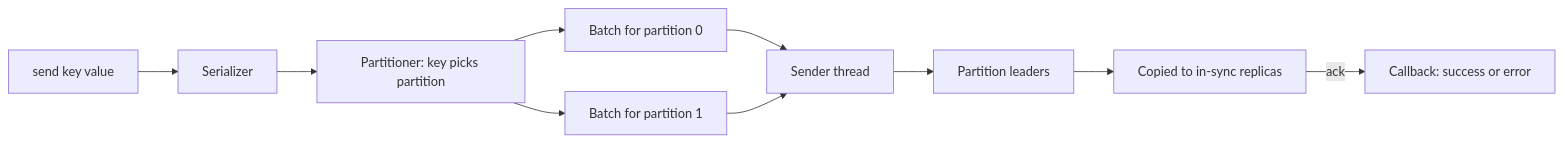
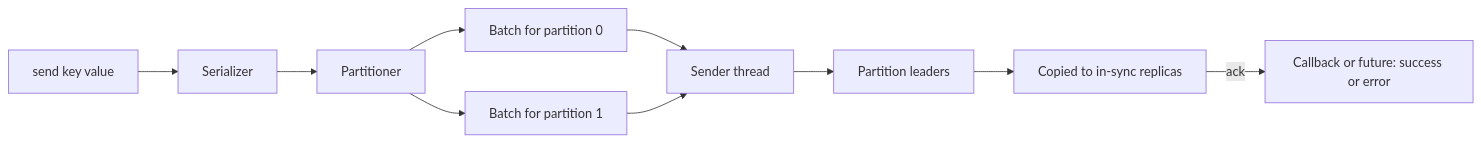
Before and after one commit to jubin-techwiz/learning: the second of 2 diagrams in notes/02-messaging/02-kafka/03-producers-keys-acks-batching.md, drawn with Mermaid. The commit also changed other lines of this file and 37 other files, not shown here.

````diff
--- a/notes/02-messaging/02-kafka/03-producers-keys-acks-batching.md
+++ b/notes/02-messaging/02-kafka/03-producers-keys-acks-batching.md
@@ -52,12 +74,12 @@
 ```mermaid
 flowchart LR
     A[send key value] --> S[Serializer]
-    S --> P[Partitioner: key picks partition]
+    S --> P[Partitioner]
     P --> B0[Batch for partition 0]
     P --> B1[Batch for partition 1]
     B0 --> T[Sender thread]
     B1 --> T
     T --> L[Partition leaders]
     L --> R[Copied to in-sync replicas]
-    R -->|ack| C[Callback: success or error]
+    R -->|ack| C[Callback or future: success or error]
 ```
````
